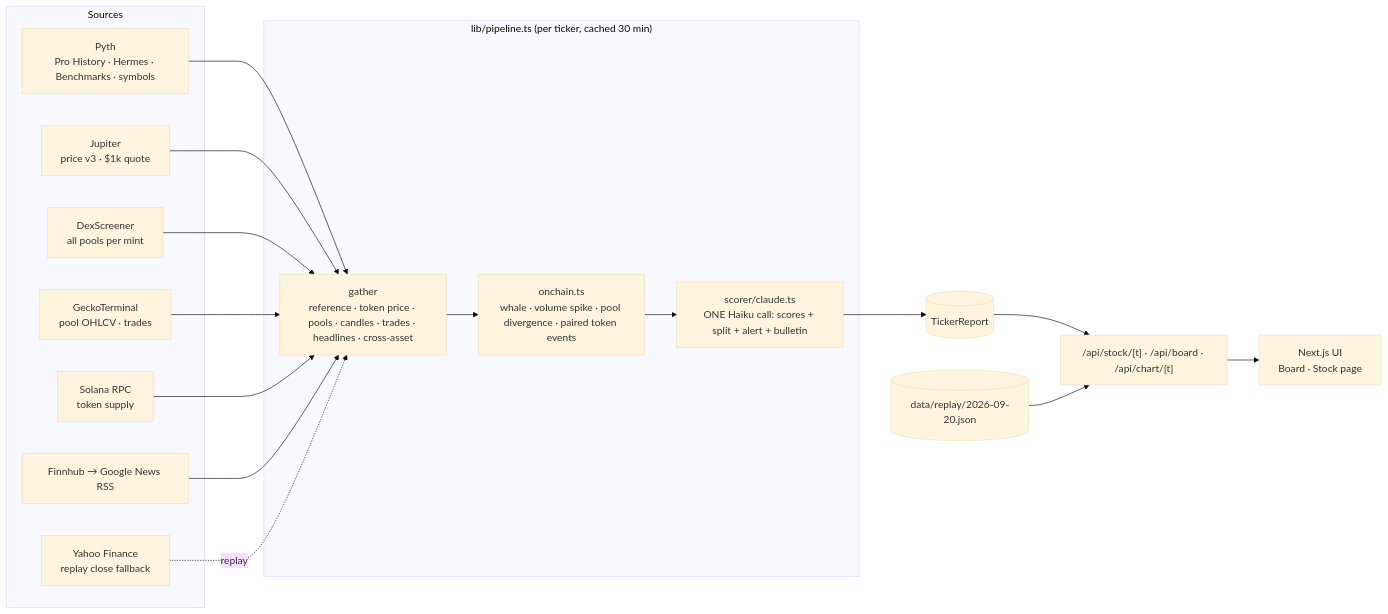
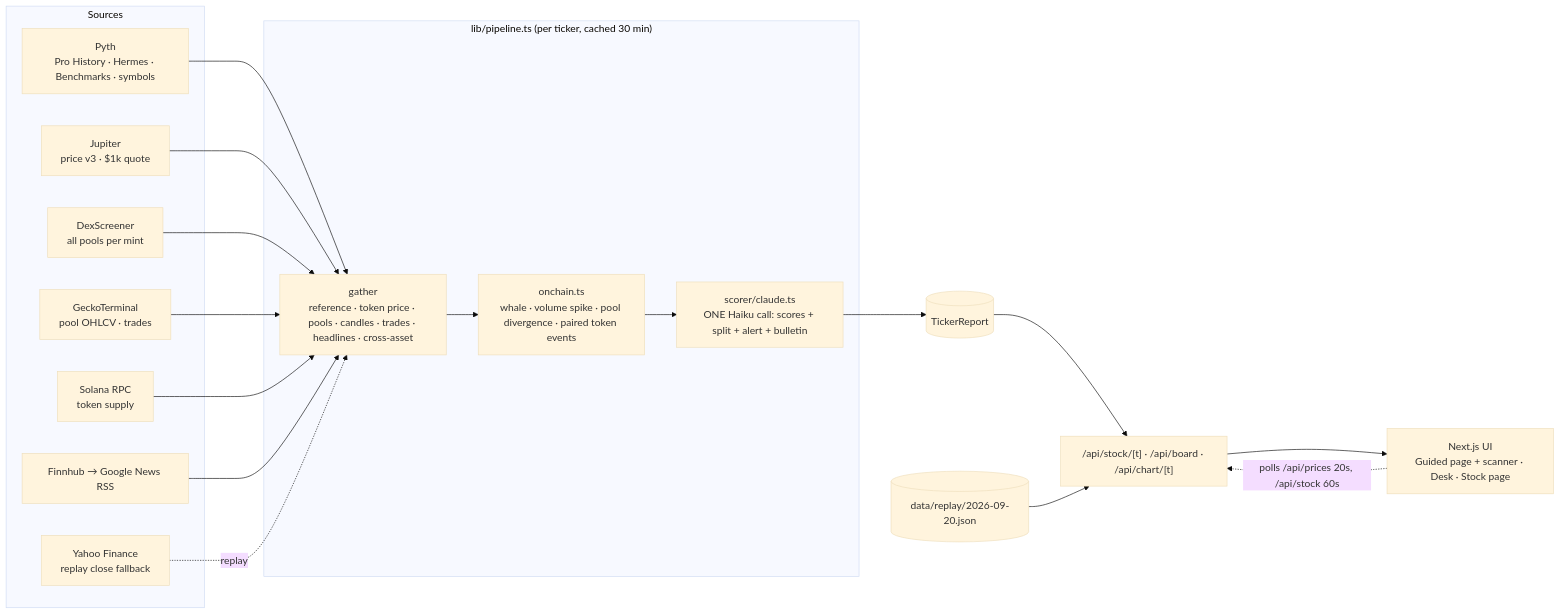
The diagram in README.md (epicloop/wick-wire), drawn with Mermaid (base theme) before and after one commit. The commit also changed other lines of this file and 2 other files, not shown here.

Commit message:
Docs: v3 + autonomous scanner

````diff
--- a/README.md
+++ b/README.md
@@ -48,28 +50,29 @@
 ```mermaid
 flowchart LR
   subgraph Sources
     PY[Pyth<br/>Pro History · Hermes · Benchmarks · symbols]
     JUP[Jupiter<br/>price v3 · $1k quote]
     DS[DexScreener<br/>all pools per mint]
     GT[GeckoTerminal<br/>pool OHLCV · trades]
     RPC[Solana RPC<br/>token supply]
     NEWS[Finnhub → Google News RSS]
     YF[Yahoo Finance<br/>replay close fallback]
   end
   subgraph Pipeline["lib/pipeline.ts (per ticker, cached 30 min)"]
     G[gather<br/>reference · token price · pools · candles · trades · headlines · cross-asset]
     E[onchain.ts<br/>whale · volume spike · pool divergence · paired token events]
     S[scorer/claude.ts<br/>ONE Haiku call: scores + split + alert + bulletin]
   end
   PY --> G
   JUP --> G
   DS --> G
   GT --> G
   RPC --> G
   NEWS --> G
   YF -.replay.-> G
   G --> E --> S --> R[(TickerReport)]
   R --> API["/api/stock/[t] · /api/board · /api/chart/[t]"]
   FX[(data/replay/2026-09-20.json)] --> API
-  API --> UI[Next.js UI<br/>Board · Stock page]
+  API --> UI[Next.js UI<br/>Guided page + scanner · Desk · Stock page]
+  UI -. polls /api/prices 20s, /api/stock 60s .-> API
 ```
````
